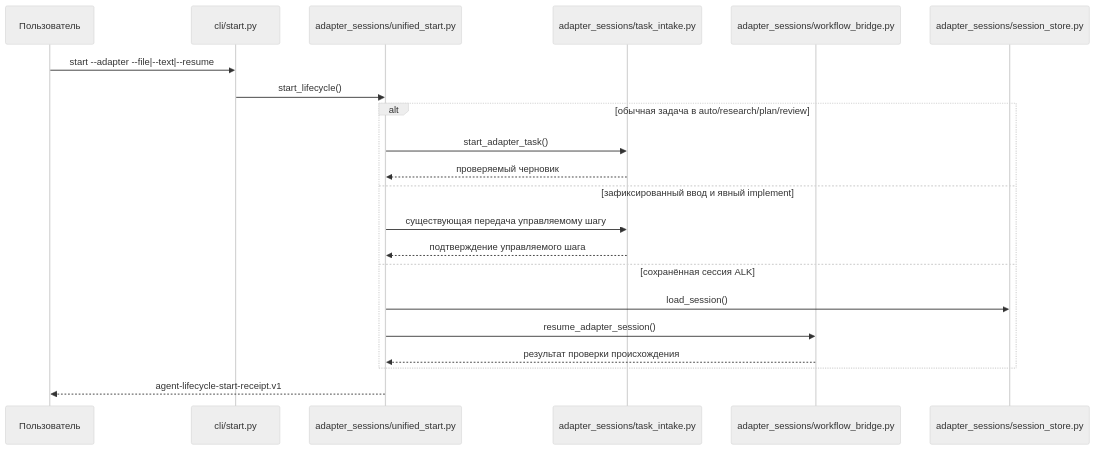
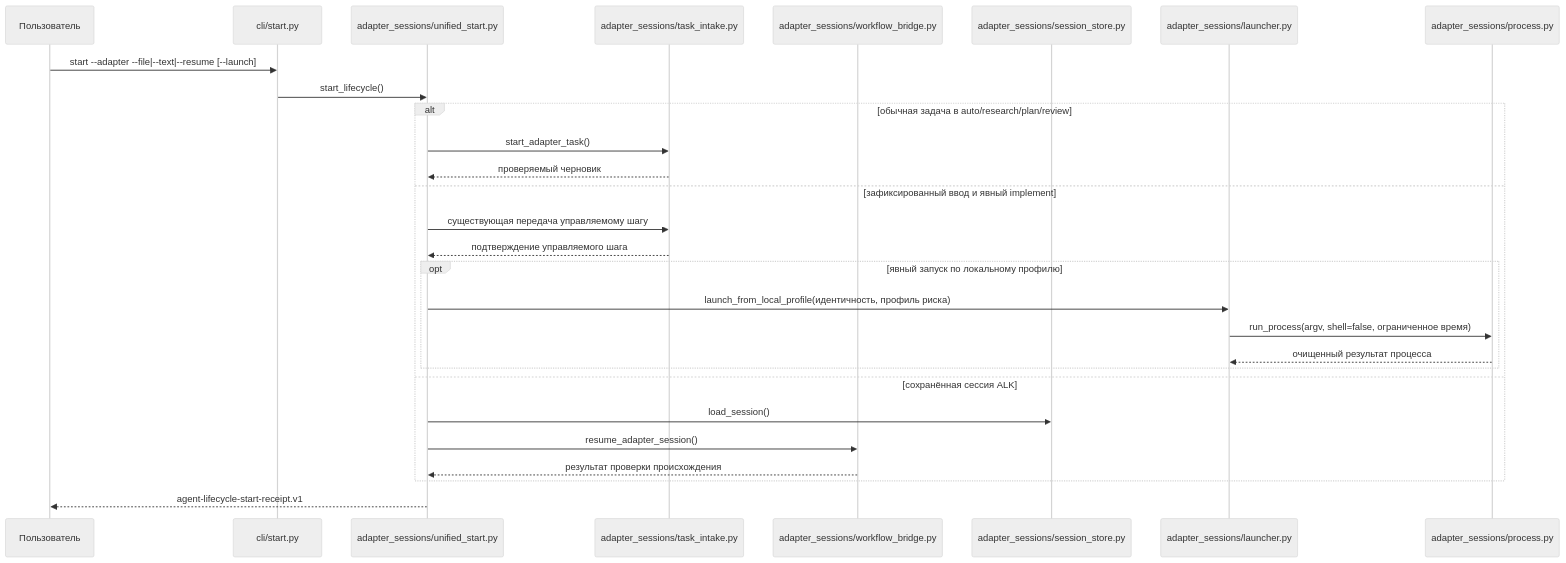
Before and after one commit to avksp/agent-lifecycle-kit: the sixth of 14 diagrams in docs/ru/architecture/system-architecture.md, drawn with Mermaid (neutral theme). The commit also changed other lines of this file and 61 other files, not shown here.

Commit message:
feat(adapter): add safe local host launch

````diff
--- a/docs/ru/architecture/system-architecture.md
+++ b/docs/ru/architecture/system-architecture.md
@@ -262,24 +262,31 @@
 ```mermaid
 sequenceDiagram
   participant User as Пользователь
   participant StartCLI as cli/start.py
   participant Start as adapter_sessions/unified_start.py
   participant Intake as adapter_sessions/task_intake.py
   participant Resume as adapter_sessions/workflow_bridge.py
   participant Store as adapter_sessions/session_store.py
+  participant LocalLaunch as adapter_sessions/launcher.py
+  participant Process as adapter_sessions/process.py
 
-  User->>StartCLI: start --adapter --file|--text|--resume
+  User->>StartCLI: start --adapter --file|--text|--resume [--launch]
   StartCLI->>Start: start_lifecycle()
   alt обычная задача в auto/research/plan/review
     Start->>Intake: start_adapter_task()
     Intake-->>Start: проверяемый черновик
   else зафиксированный ввод и явный implement
     Start->>Intake: существующая передача управляемому шагу
     Intake-->>Start: подтверждение управляемого шага
+    opt явный запуск по локальному профилю
+      Start->>LocalLaunch: launch_from_local_profile(идентичность, профиль риска)
+      LocalLaunch->>Process: run_process(argv, shell=false, ограниченное время)
+      Process-->>LocalLaunch: очищенный результат процесса
+    end
   else сохранённая сессия ALK
     Start->>Store: load_session()
     Start->>Resume: resume_adapter_session()
     Resume-->>Start: результат проверки происхождения
   end
   Start-->>User: agent-lifecycle-start-receipt.v1
 ```
````
